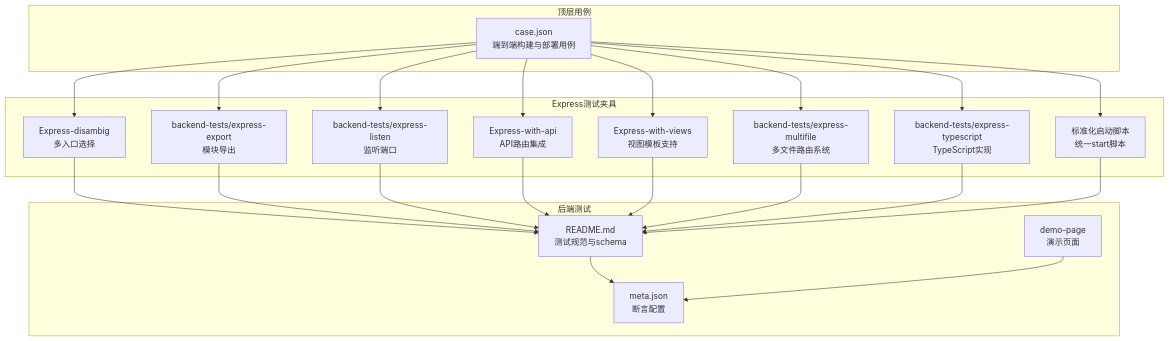
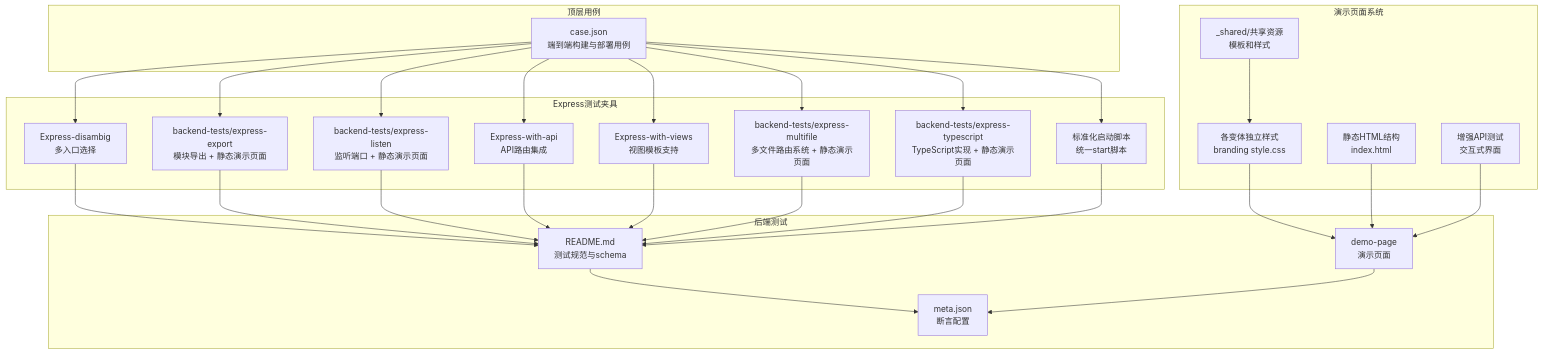
One commit to esa-sp/test-for-aone-ci changed the first of 12 diagrams in .qoder/repowiki/zh/content/后端框架测试/Express框架测试.md. Above: the diagram before and after it, drawn with Mermaid. The commit also changed other lines of this file and 39 other files, not shown here.

Commit message:
feat: add css animations to backend-tests fixture pages

````diff
--- a/.qoder/repowiki/zh/content/后端框架测试/Express框架测试.md
+++ b/.qoder/repowiki/zh/content/后端框架测试/Express框架测试.md
@@ -58,39 +70,49 @@
 ```mermaid
 graph TB
 subgraph "Express测试夹具"
 D["Express-disambig<br/>多入口选择"]
-E["backend-tests/express-export<br/>模块导出"]
-L["backend-tests/express-listen<br/>监听端口"]
+E["backend-tests/express-export<br/>模块导出 + 静态演示页面"]
+L["backend-tests/express-listen<br/>监听端口 + 静态演示页面"]
 A["Express-with-api<br/>API路由集成"]
 V["Express-with-views<br/>视图模板支持"]
-M["backend-tests/express-multifile<br/>多文件路由系统"]
-T["backend-tests/express-typescript<br/>TypeScript实现"]
+M["backend-tests/express-multifile<br/>多文件路由系统 + 静态演示页面"]
+T["backend-tests/express-typescript<br/>TypeScript实现 + 静态演示页面"]
 S["标准化启动脚本<br/>统一start脚本"]
+end
+subgraph "演示页面系统"
+SHARED["_shared/共享资源<br/>模板和样式"]
+EP["各变体独立样式<br/>branding style.css"]
+HTML["静态HTML结构<br/>index.html"]
+JS["增强API测试<br/>交互式界面"]
 end
 subgraph "后端测试"
 RT["README.md<br/>测试规范与schema"]
 ME["meta.json<br/>断言配置"]
 DP["demo-page<br/>演示页面"]
 end
 subgraph "顶层用例"
 CJ["case.json<br/>端到端构建与部署用例"]
 end
 D --> RT
 E --> RT
 L --> RT
 A --> RT
 V --> RT
 M --> RT
 T --> RT
 S --> RT
 RT --> ME
 DP --> ME
 CJ --> D
 CJ --> E
 CJ --> L
 CJ --> A
 CJ --> V
 CJ --> M
 CJ --> T
 CJ --> S
+EP --> DP
+HTML --> DP
+JS --> DP
+SHARED --> EP
 ```
````
